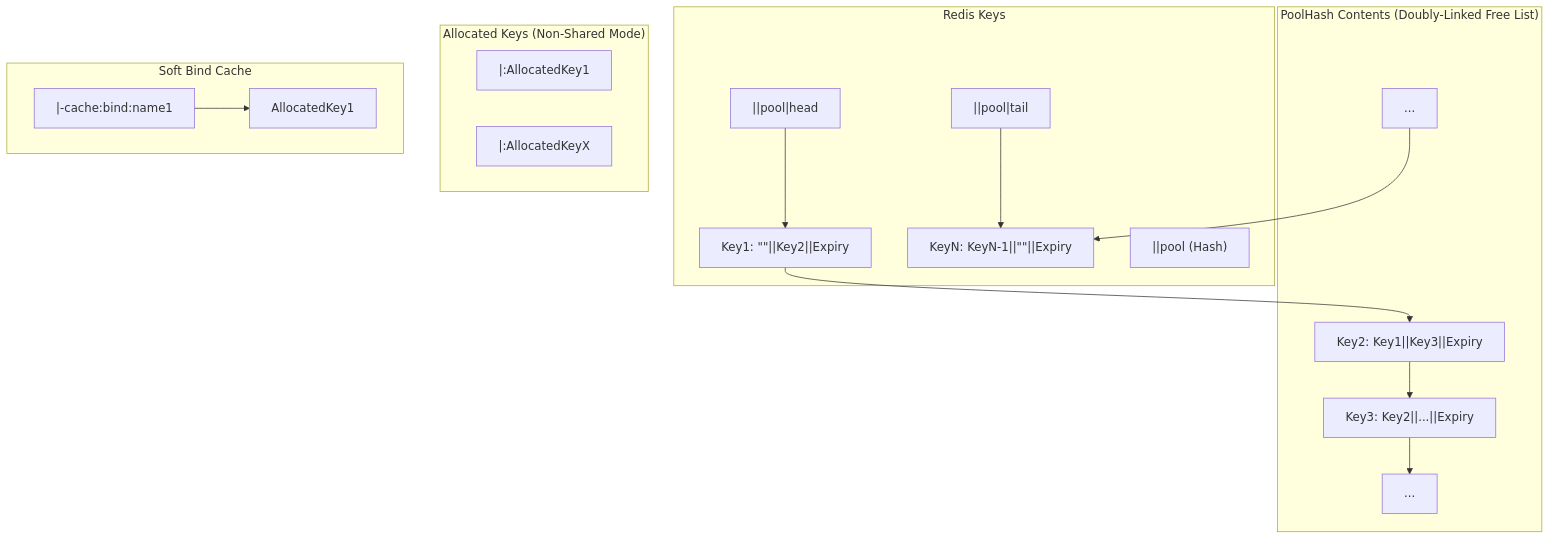
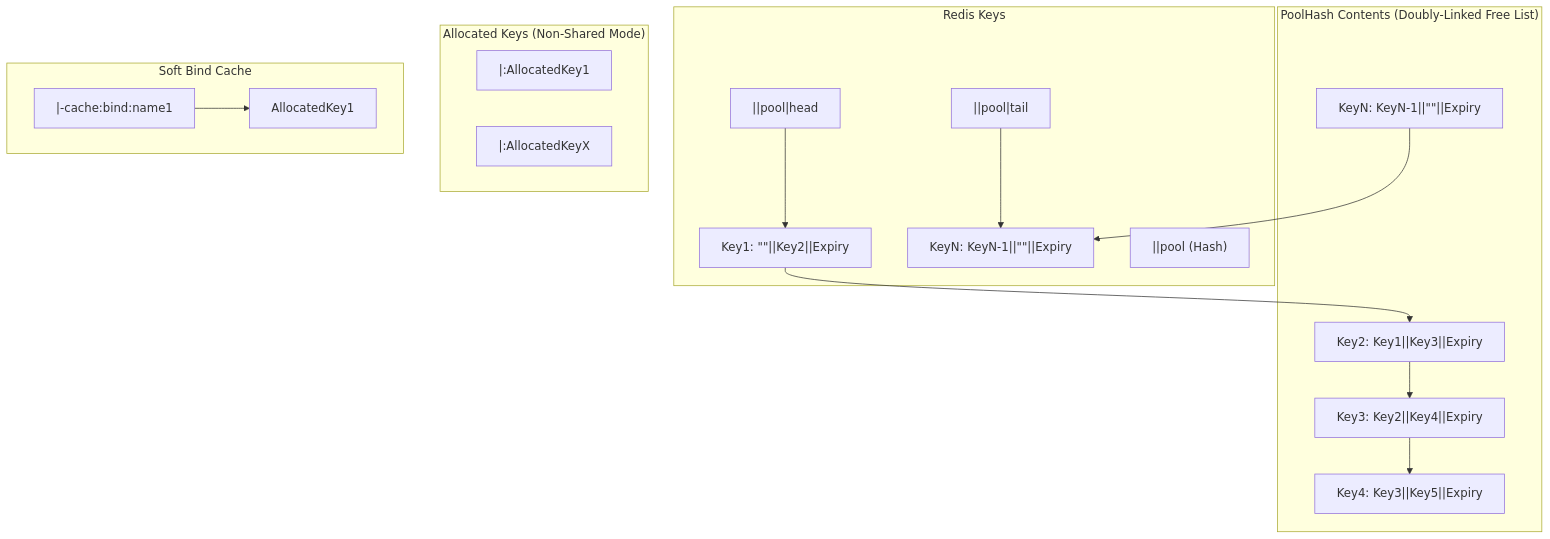
The second of 5 diagrams in README.md (invoker-bot/RedisAllocator-python), drawn with Mermaid before and after one commit. The commit also changed other lines of this file and 1 other file, not shown here.

Commit message:
docs: update README files to clarify soft binding unbinding and correct PoolHash content representation

````diff
--- a/README.md
+++ b/README.md
@@ -229,24 +229,24 @@
 ```mermaid
 graph TD
     subgraph Redis Keys
         HKey["<prefix>|<suffix>|pool|head"] --> Key1["Key1: &quot;&quot;||Key2||Expiry"]
         TKey["<prefix>|<suffix>|pool|tail"] --> KeyN["KeyN: KeyN-1||&quot;&quot;||Expiry"]
         PoolHash["<prefix>|<suffix>|pool (Hash)"]
     end
 
     subgraph "PoolHash Contents (Doubly-Linked Free List)"
         Key1 --> Key2["Key2: Key1||Key3||Expiry"]
-        Key2 --> Key3["Key3: Key2||...||Expiry"]
-        Key3 --> ...
-        KeyN_1[...] --> KeyN
+        Key2 --> Key3["Key3: Key2||Key4||Expiry"]
+        Key3 --> Key4["Key4: Key3||Key5||Expiry"]
+        KeyN_1["KeyN: KeyN-1||&quot;&quot;||Expiry"] --> KeyN
     end
 
     subgraph "Allocated Keys (Non-Shared Mode)"
         LKey1["<prefix>|<suffix>:AllocatedKey1"]
         LKeyX["<prefix>|<suffix>:AllocatedKeyX"]
     end
 
     subgraph "Soft Bind Cache"
         CacheKey1["<prefix>|<suffix>-cache:bind:name1"] --> AllocatedKey1
     end
 ```
````
